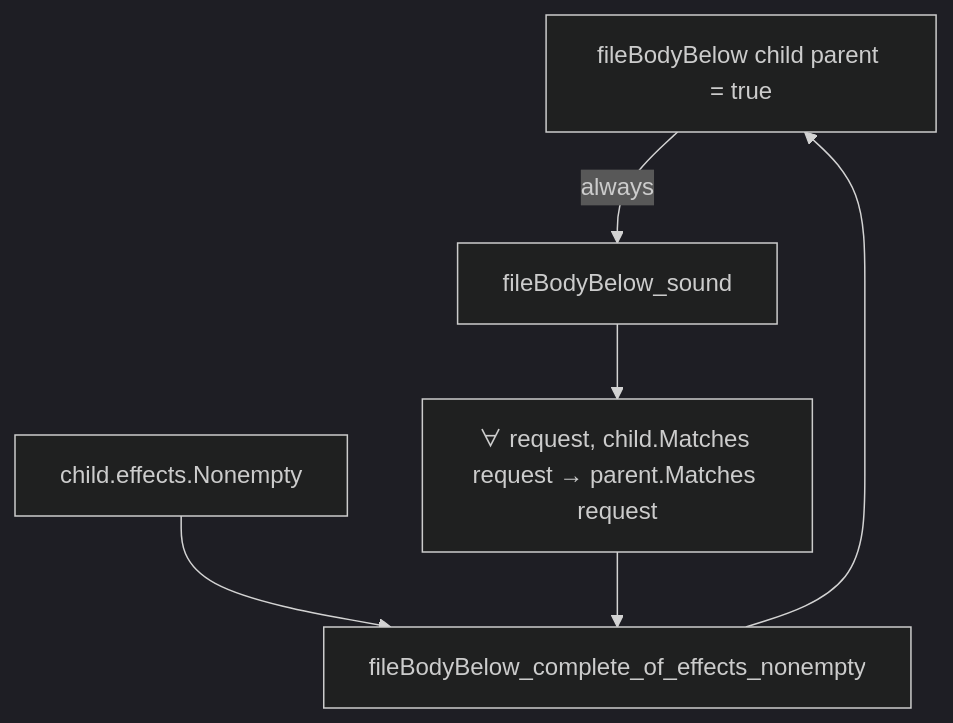
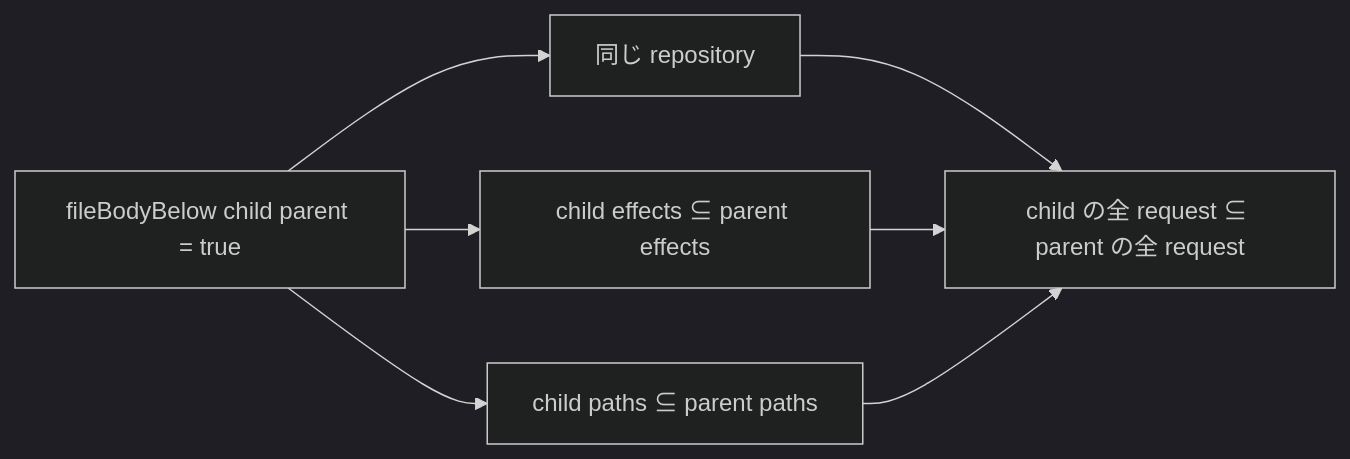
The third of 4 diagrams in docs/authority-core/file-authorities.md (Aqua-218/SecCamp-AIAgent), drawn with Mermaid (dark theme) before and after one commit. The commit also changed other lines of this file, not shown here.

````diff
--- a/docs/authority-core/file-authorities.md
+++ b/docs/authority-core/file-authorities.md
@@ -110,14 +190,15 @@
 ```mermaid
-flowchart TD
-    bodyDecision["fileBodyBelow child parent = true"]
-    requestSubset["∀ request, child.Matches request → parent.Matches request"]
-    sound["fileBodyBelow_sound"]
-    nonempty["child.effects.Nonempty"]
-    complete["fileBodyBelow_complete_of_effects_nonempty"]
+flowchart LR
+    decision["fileBodyBelow child parent = true"]
+    repo["同じ repository"]
+    effect["child effects ⊆ parent effects"]
+    path["child paths ⊆ parent paths"]
+    subset["child の全 request ⊆ parent の全 request"]
 
-    bodyDecision -->|"always"| sound
-    sound --> requestSubset
-    nonempty --> complete
-    requestSubset --> complete
-    complete --> bodyDecision
+    decision --> repo
+    decision --> effect
+    decision --> path
+    repo --> subset
+    effect --> subset
+    path --> subset
 ```
````
